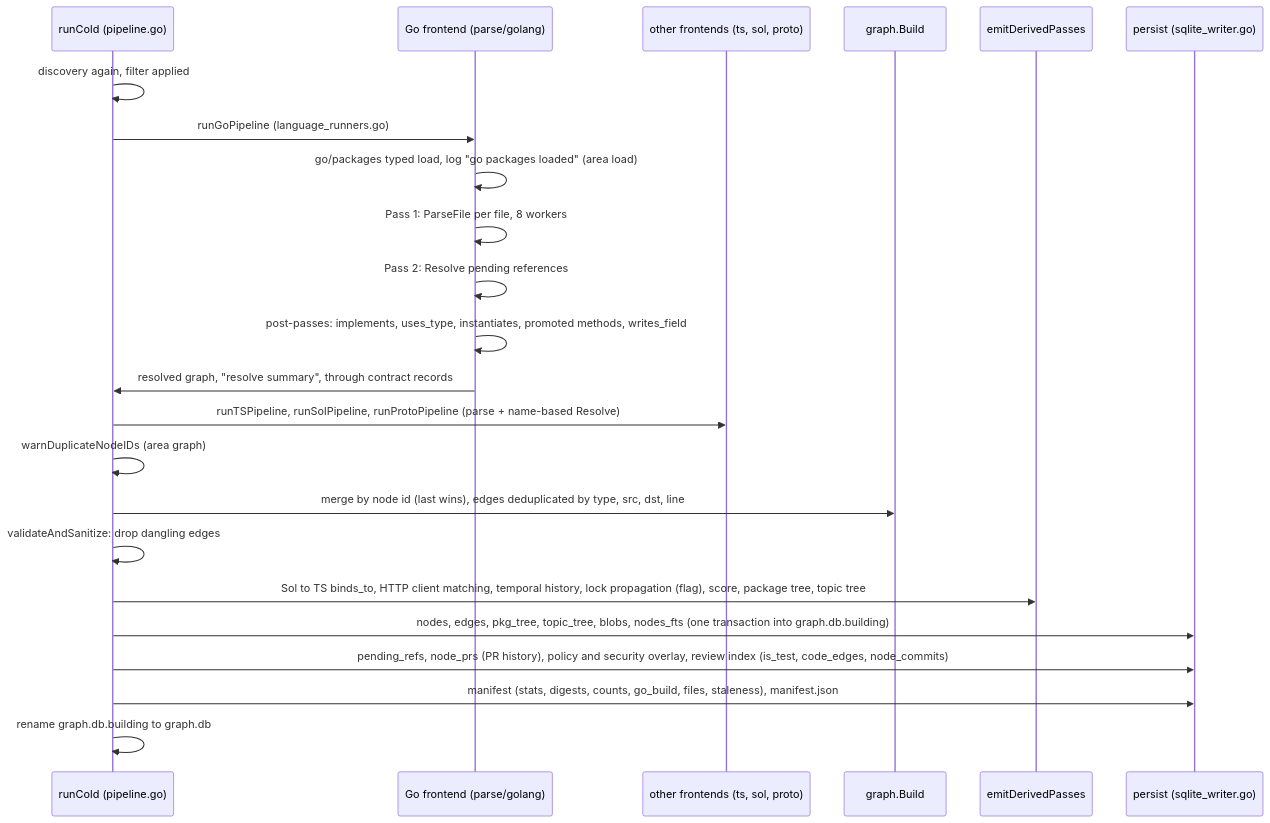
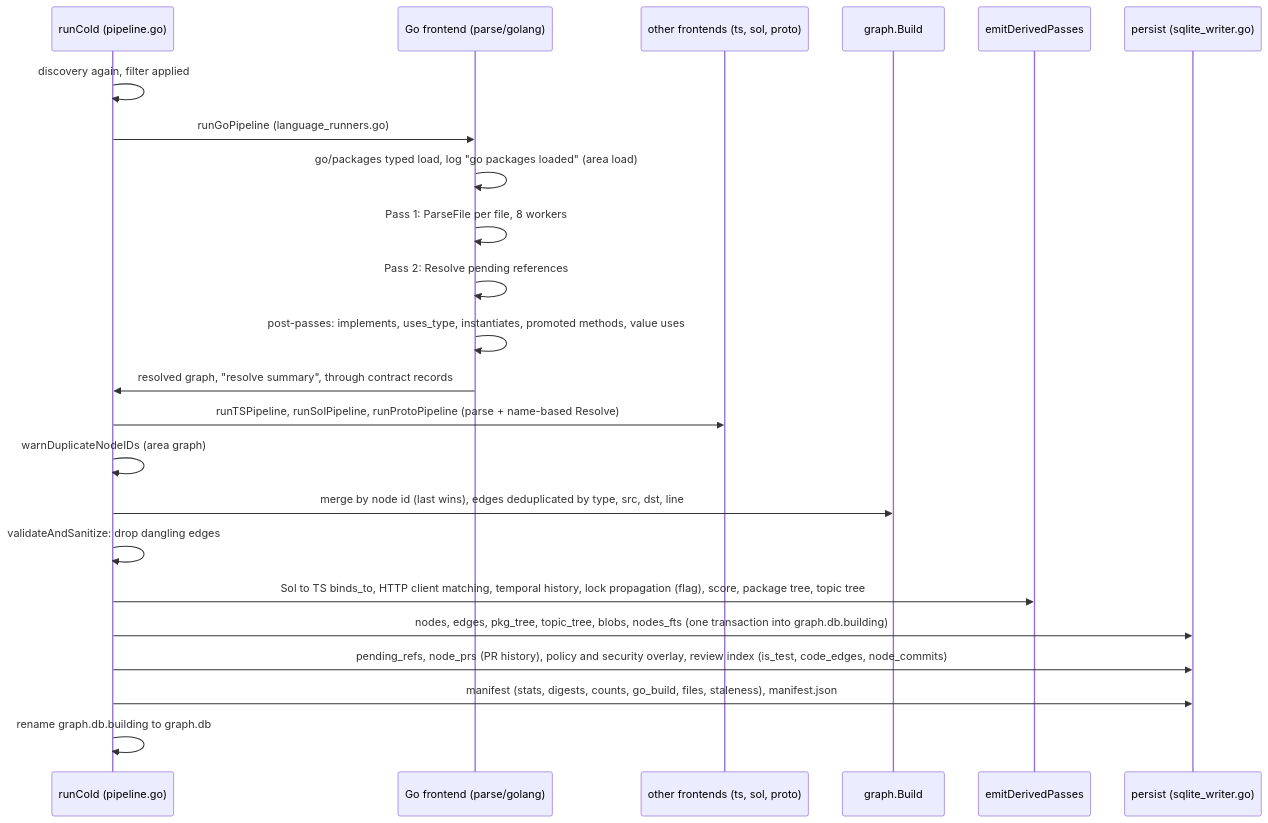
One commit to 0xmhha/knowledge-system changed the third of 8 diagrams in docs/graph/CKG-STRUCTURE.md. Above: the diagram before and after it, drawn with Mermaid. The commit also changed other lines of this file and 85 other files, not shown here.

````diff
--- a/docs/graph/CKG-STRUCTURE.md
+++ b/docs/graph/CKG-STRUCTURE.md
@@ -139,25 +139,25 @@
 ```mermaid
 sequenceDiagram
   participant C as runCold (pipeline.go)
   participant G as Go frontend (parse/golang)
   participant O as other frontends (ts, sol, proto)
   participant B as graph.Build
   participant P as emitDerivedPasses
   participant W as persist (sqlite_writer.go)
   C->>C: discovery again, filter applied
   C->>G: runGoPipeline (language_runners.go)
   G->>G: go/packages typed load, log "go packages loaded" (area load)
   G->>G: Pass 1: ParseFile per file, 8 workers
   G->>G: Pass 2: Resolve pending references
-  G->>G: post-passes: implements, uses_type, instantiates, promoted methods, writes_field
+  G->>G: post-passes: implements, uses_type, instantiates, promoted methods, value uses
   G->>C: resolved graph, "resolve summary", through contract records
   C->>O: runTSPipeline, runSolPipeline, runProtoPipeline (parse + name-based Resolve)
   C->>C: warnDuplicateNodeIDs (area graph)
   C->>B: merge by node id (last wins), edges deduplicated by type, src, dst, line
   C->>C: validateAndSanitize: drop dangling edges
   C->>P: Sol to TS binds_to, HTTP client matching, temporal history, lock propagation (flag), score, package tree, topic tree
   C->>W: nodes, edges, pkg_tree, topic_tree, blobs, nodes_fts (one transaction into graph.db.building)
   C->>W: pending_refs, node_prs (PR history), policy and security overlay, review index (is_test, code_edges, node_commits)
   C->>W: manifest (stats, digests, counts, go_build, files, staleness), manifest.json
   C->>C: rename graph.db.building to graph.db
 ```
````
